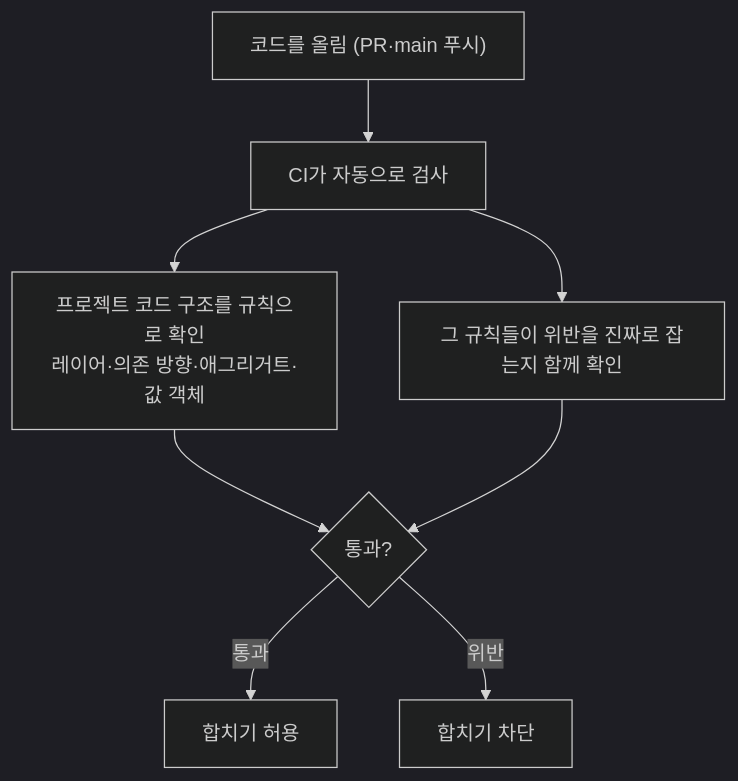
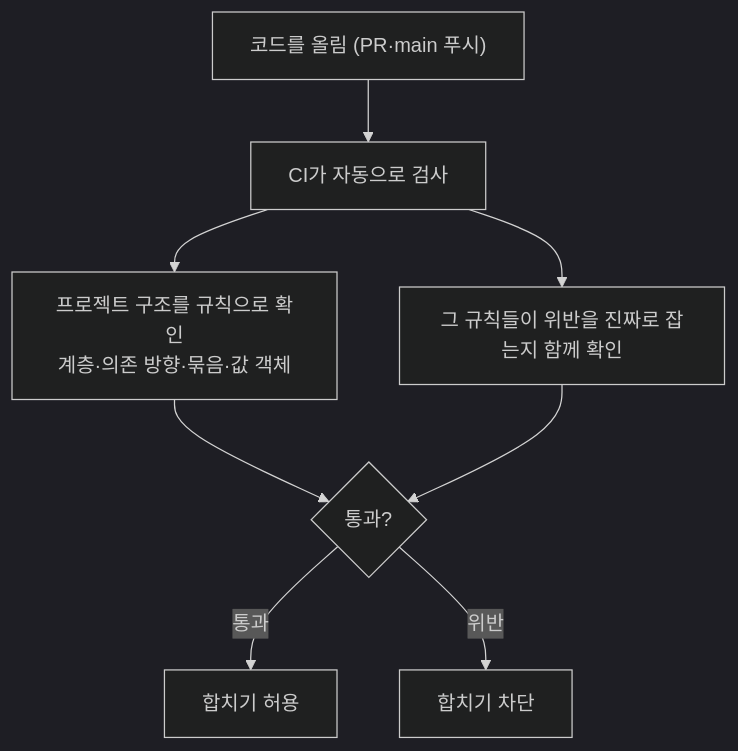
One commit to HongJungWan/opinionated-harness-template changed the fifth of 7 diagrams in README.md. Above: the diagram before and after it, drawn with Mermaid (dark theme). The commit also changed other lines of this file, not shown here.

````diff
--- a/README.md
+++ b/README.md
@@ -163,10 +143,10 @@
 ```mermaid
 flowchart TD
     A["코드를 올림 (PR·main 푸시)"] --> B["CI가 자동으로 검사"]
-    B --> C["프로젝트 코드 구조를 규칙으로 확인<br/>레이어·의존 방향·애그리거트·값 객체"]
+    B --> C["프로젝트 구조를 규칙으로 확인<br/>계층·의존 방향·묶음·값 객체"]
     B --> D["그 규칙들이 위반을 진짜로 잡는지 함께 확인"]
     C --> E{"통과?"}
     D --> E
     E -->|"통과"| F["합치기 허용"]
     E -->|"위반"| G["합치기 차단"]
 ```
````
